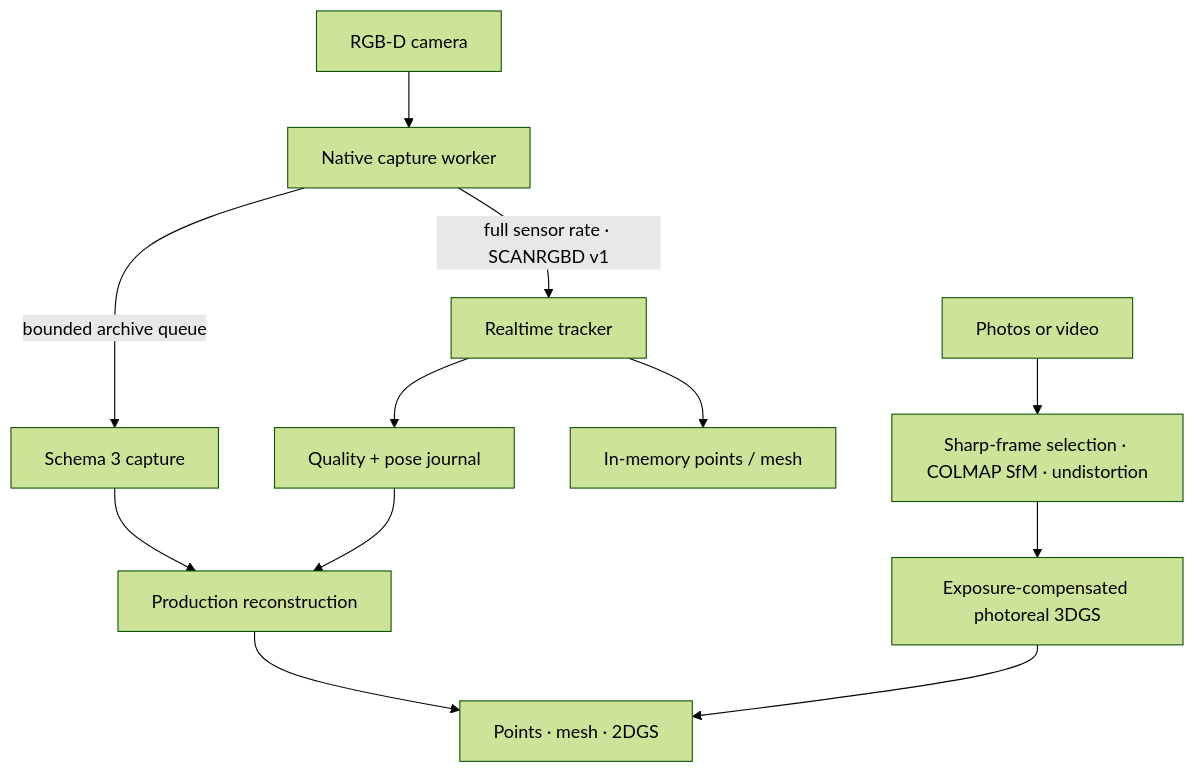
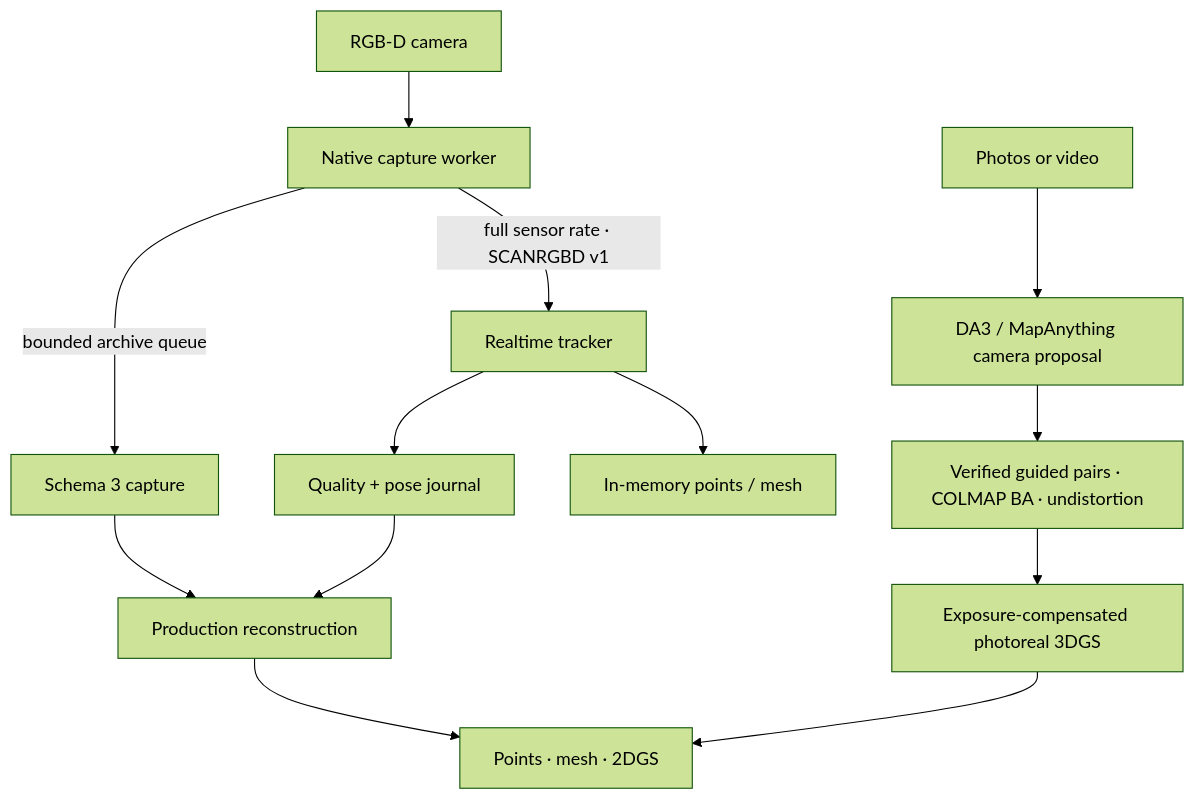
Before and after one commit to benkuper/ScanLan: the diagram in README.md, drawn with Mermaid (forest theme). The commit also changed other lines of this file and 6 other files, not shown here.

````diff
--- a/README.md
+++ b/README.md
@@ -14,14 +14,15 @@
 ```mermaid
 flowchart TD
     Camera["RGB-D camera"] --> Capture["Native capture worker"]
-    Media["Photos or video"] --> SfM["Sharp-frame selection · COLMAP SfM · undistortion"]
+    Media["Photos or video"] --> Proposal["DA3 / MapAnything camera proposal"]
+    Proposal --> SfM["Verified guided pairs · COLMAP BA · undistortion"]
     Capture -->|"full sensor rate · SCANRGBD v1"| Tracker["Realtime tracker"]
     Capture -->|"bounded archive queue"| Archive["Schema 3 capture"]
     Tracker --> Live["In-memory points / mesh"]
     Tracker --> Journal["Quality + pose journal"]
     Archive --> Final["Production reconstruction"]
     Journal --> Final
     Final --> Outputs["Points · mesh · 2DGS"]
     SfM --> PhotoGS["Exposure-compensated photoreal 3DGS"]
     PhotoGS --> Outputs
 ```
````
